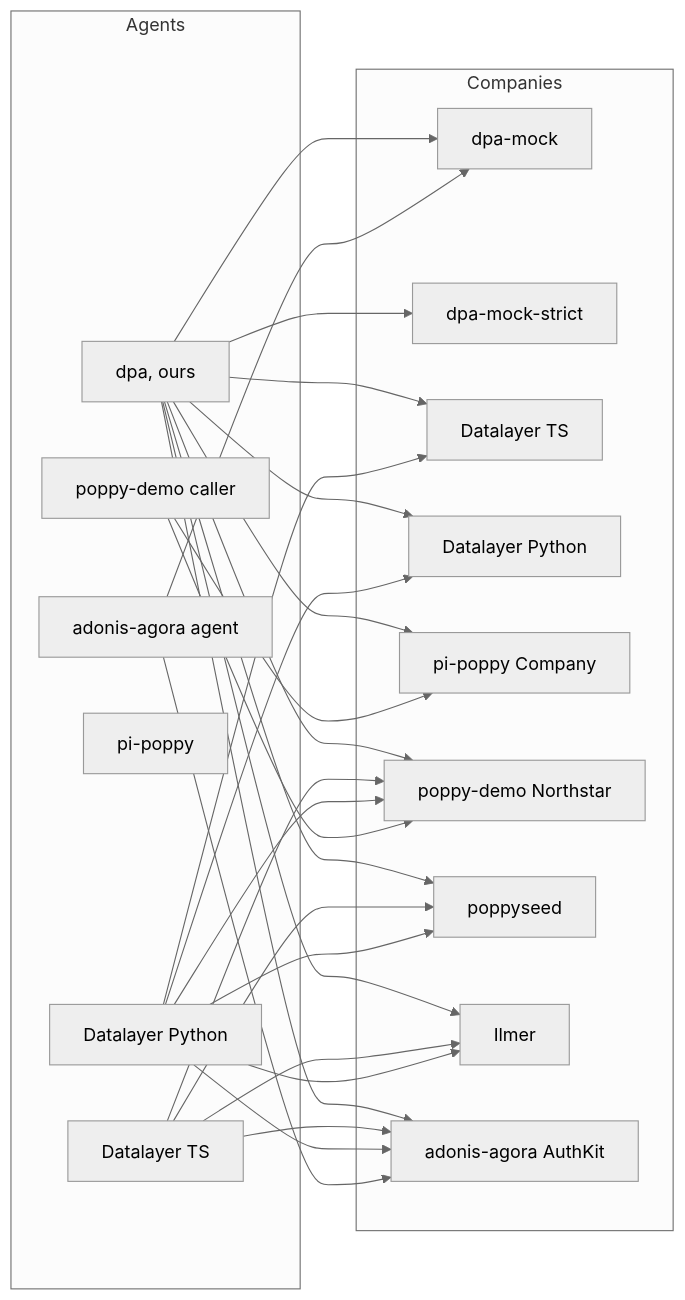
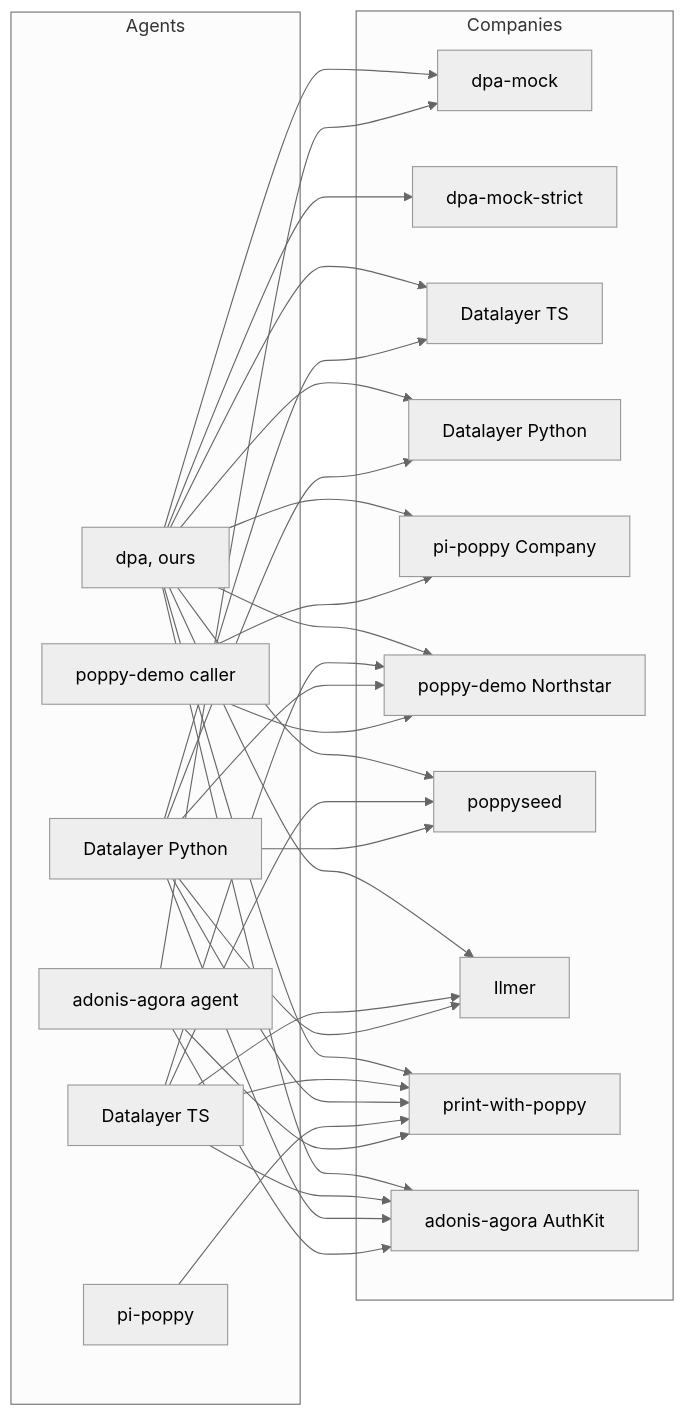
One commit to adewale/pda changed the diagram in docs/ecosystem.md. Above: the diagram before and after it, drawn with Mermaid (neutral theme). The commit also changed other lines of this file, not shown here.

````diff
--- a/docs/ecosystem.md
+++ b/docs/ecosystem.md
@@ -122,27 +153,29 @@
 ```mermaid
 flowchart LR
   subgraph Agents
     dpa[dpa, ours]
     dlts[Datalayer TS]
     dlpy[Datalayer Python]
     pi[pi-poppy]
     demo[poppy-demo caller]
     adonis[adonis-agora agent]
   end
   subgraph Companies
     mock[dpa-mock]
     strict[dpa-mock-strict]
     mts[Datalayer TS]
     mpy[Datalayer Python]
     pico[pi-poppy Company]
     north[poppy-demo Northstar]
     seed[poppyseed]
     ilmer[Ilmer]
+    pwp[print-with-poppy]
     authkit[adonis-agora AuthKit]
   end
-  dpa --> mock & strict & mts & mpy & pico & north & seed & ilmer & authkit
-  dlts --> north & seed & ilmer & authkit
-  dlpy --> mts & mpy & north & seed & ilmer & authkit
+  dpa --> mock & strict & mts & mpy & pico & north & seed & ilmer & pwp & authkit
+  dlts --> north & seed & ilmer & pwp & authkit
+  dlpy --> mts & mpy & north & seed & ilmer & pwp & authkit
+  pi --> pwp
   demo --> pico & north
-  adonis --> mock & authkit
+  adonis --> mock & pwp & authkit
 ```
````
